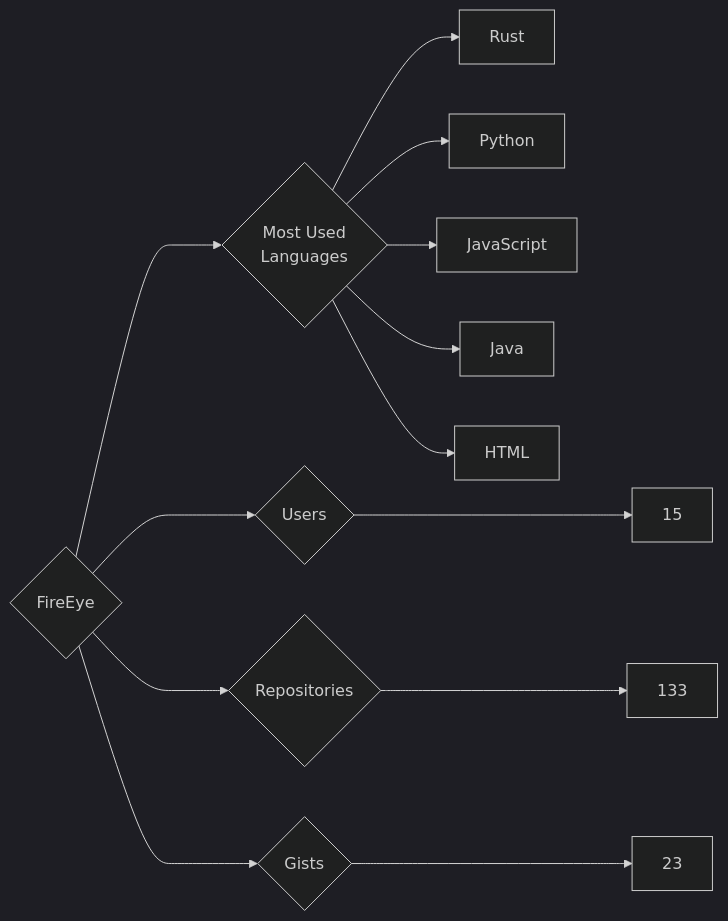
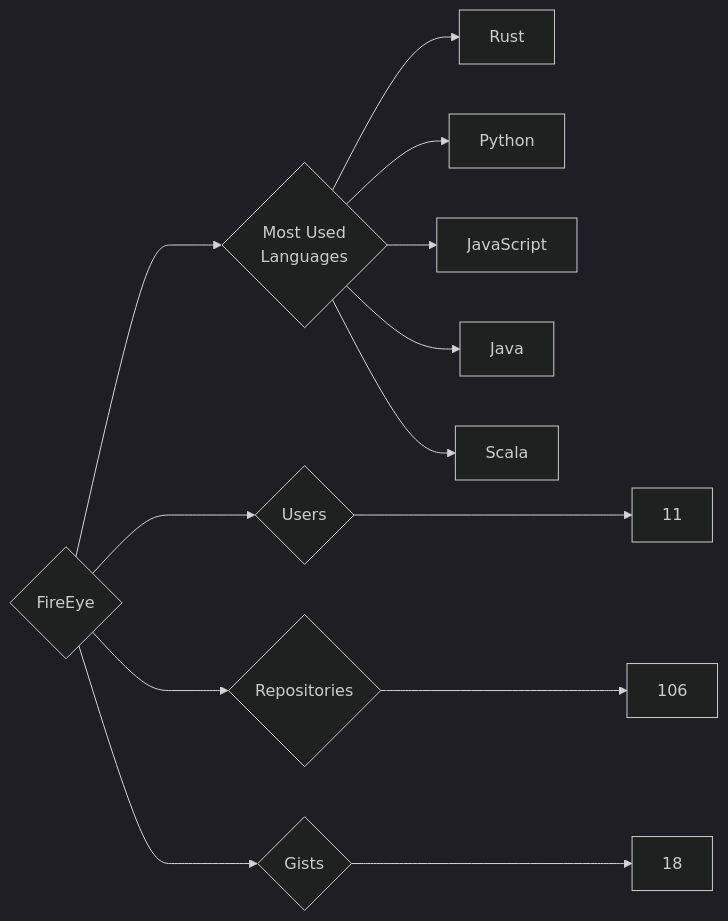
The diagram in targets/FireEye/README.md (trickest/insiders), drawn with Mermaid (dark theme) before and after one commit. The commit also changed 998 other files, not shown here.

````diff
--- a/targets/FireEye/README.md
+++ b/targets/FireEye/README.md
@@ -3,13 +3,13 @@
 ```mermaid
 graph LR
 COMPANY_NAME{FireEye}
-COMPANY_NAME ---> U{Users} ---> UN[15]
-COMPANY_NAME ---> R{Repositories} ---> RN[133]
-COMPANY_NAME ---> G{Gists} ---> GN[23]
+COMPANY_NAME ---> U{Users} ---> UN[11]
+COMPANY_NAME ---> R{Repositories} ---> RN[106]
+COMPANY_NAME ---> G{Gists} ---> GN[18]
 COMPANY_NAME ---> ML{Most Used<br>Languages}
 ML --> Rust[Rust]
 ML --> Python[Python]
 ML --> JavaScript[JavaScript]
 ML --> Java[Java]
-ML --> HTML[HTML]
+ML --> Scala[Scala]
 ```
````
